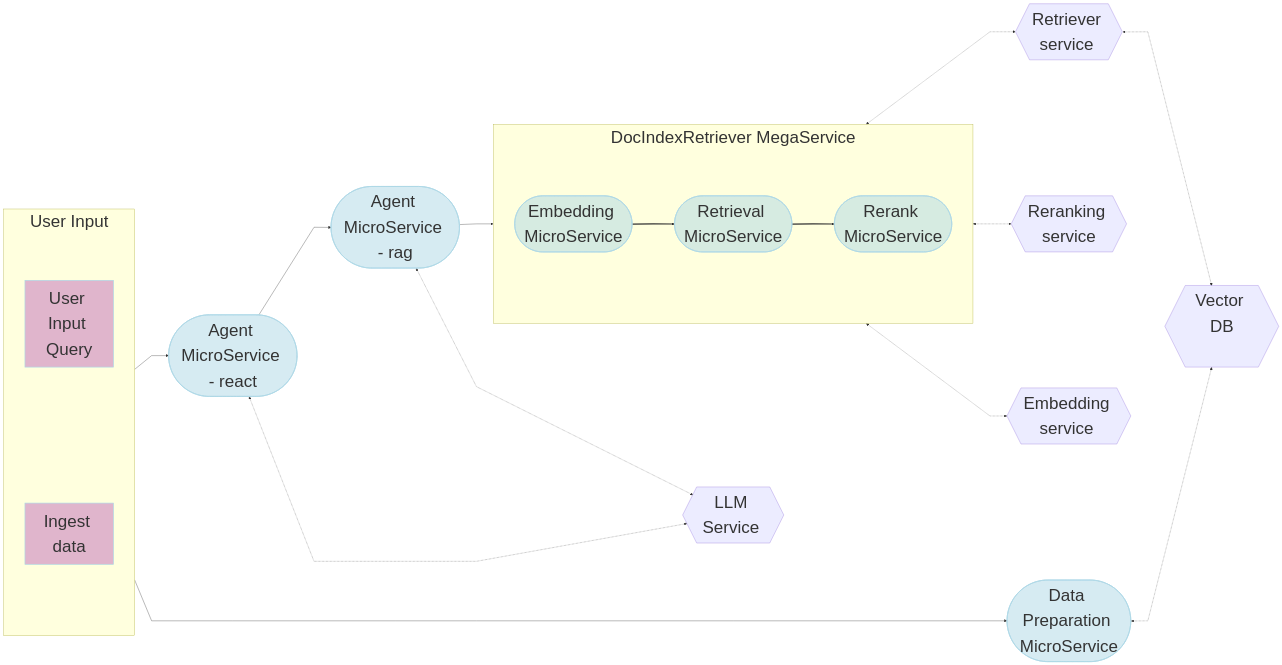
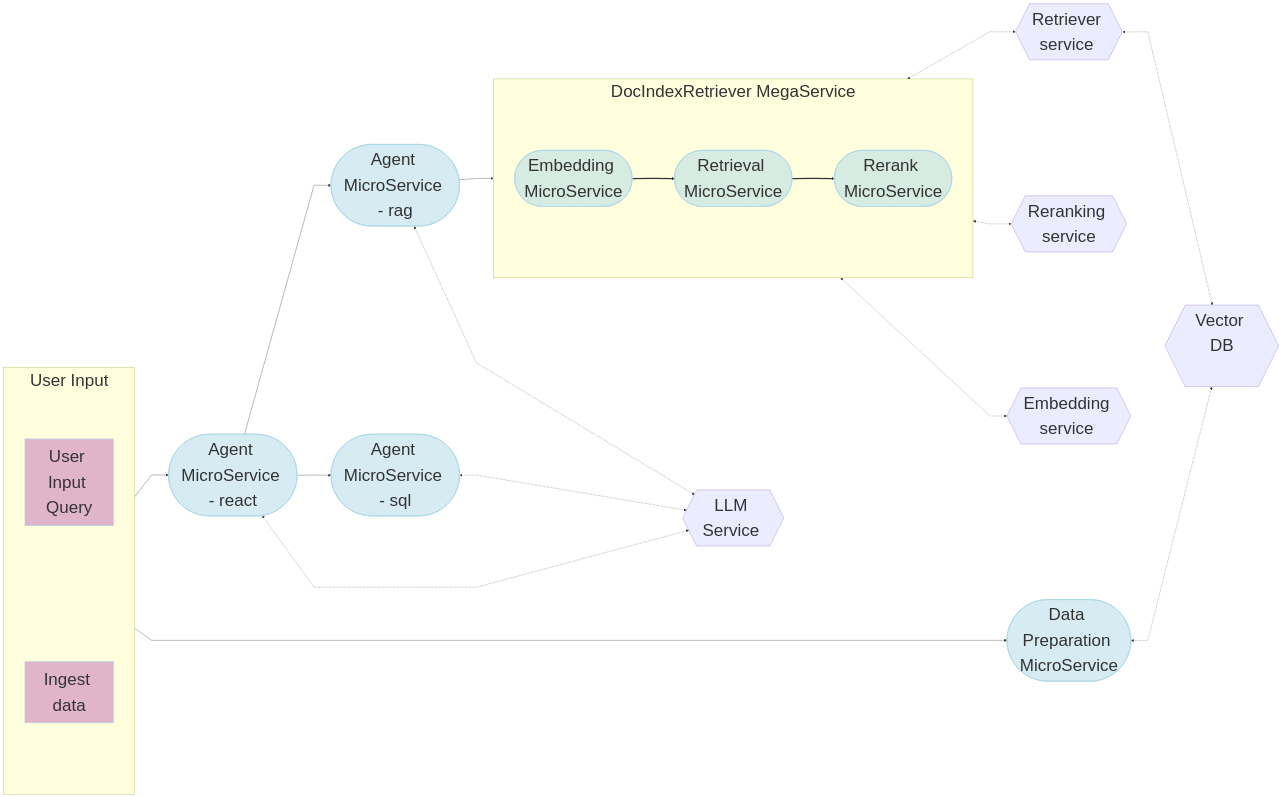
The diagram in AgentQnA/README.md (opea-project/GenAIExamples), drawn with Mermaid before and after one commit. The commit also changed other lines of this file and 6 other files, not shown here.

````diff
--- a/AgentQnA/README.md
+++ b/AgentQnA/README.md
@@ -10,64 +10,67 @@
 ```mermaid
 ---
 config:
   flowchart:
     nodeSpacing: 400
     rankSpacing: 100
     curve: linear
   themeVariables:
     fontSize: 50px
 ---
 flowchart LR
     %% Colors %%
     classDef blue fill:#ADD8E6,stroke:#ADD8E6,stroke-width:2px,fill-opacity:0.5
     classDef orange fill:#FBAA60,stroke:#ADD8E6,stroke-width:2px,fill-opacity:0.5
     classDef orchid fill:#C26DBC,stroke:#ADD8E6,stroke-width:2px,fill-opacity:0.5
     classDef invisible fill:transparent,stroke:transparent;
 
     %% Subgraphs %%
     subgraph DocIndexRetriever-MegaService["DocIndexRetriever MegaService "]
         direction LR
         EM([Embedding MicroService]):::blue
         RET([Retrieval MicroService]):::blue
         RER([Rerank MicroService]):::blue
     end
     subgraph UserInput[" User Input "]
         direction LR
         a([User Input Query]):::orchid
         Ingest([Ingest data]):::orchid
     end
     AG_REACT([Agent MicroService - react]):::blue
     AG_RAG([Agent MicroService - rag]):::blue
+    AG_SQL([Agent MicroService - sql]):::blue
     LLM_gen{{LLM Service <br>}}
     DP([Data Preparation MicroService]):::blue
     TEI_RER{{Reranking service<br>}}
     TEI_EM{{Embedding service <br>}}
     VDB{{Vector DB<br><br>}}
     R_RET{{Retriever service <br>}}
 
 
 
     %% Questions interaction
     direction LR
     a[User Input Query] --> AG_REACT
     AG_REACT --> AG_RAG
+    AG_REACT --> AG_SQL
     AG_RAG --> DocIndexRetriever-MegaService
     EM ==> RET
     RET ==> RER
     Ingest[Ingest data] --> DP
 
     %% Embedding service flow
     direction LR
     AG_RAG <-.-> LLM_gen
+    AG_SQL <-.-> LLM_gen
     AG_REACT <-.-> LLM_gen
     EM <-.-> TEI_EM
     RET <-.-> R_RET
     RER <-.-> TEI_RER
 
     direction TB
     %% Vector DB interaction
     R_RET <-.-> VDB
     DP <-.-> VDB
 
 
 ```
````
